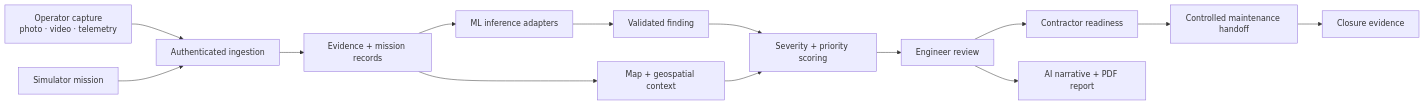
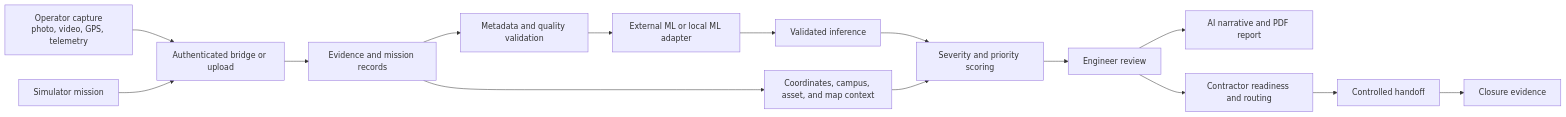
The first of 5 diagrams in README.md (RidhimaKulashriz/DRIFT-AI-ML-Platform), drawn with Mermaid before and after one commit. The commit also changed other lines of this file and 1 other file, not shown here.

````diff
--- a/README.md
+++ b/README.md
@@ -100,16 +195,17 @@
 ```mermaid
 flowchart LR
-    A[Operator capture\nphoto · video · telemetry] --> B[Authenticated ingestion]
-    D[Simulator mission] --> B
-    B --> C[Evidence + mission records]
-    C --> E[ML inference adapters]
-    E --> F[Validated finding]
-    C --> G[Map + geospatial context]
-    F --> H[Severity + priority scoring]
+    A[Operator capture\nphoto, video, GPS, telemetry] --> B[Authenticated bridge or upload]
+    S[Simulator mission] --> B
+    B --> C[Evidence and mission records]
+    C --> D[Metadata and quality validation]
+    D --> E[External ML or local ML adapter]
+    E --> F[Validated inference]
+    C --> G[Coordinates, campus, asset, and map context]
+    F --> H[Severity and priority scoring]
     G --> H
     H --> I[Engineer review]
-    I --> J[Contractor readiness]
-    I --> K[AI narrative + PDF report]
-    J --> L[Controlled maintenance handoff]
+    I --> J[AI narrative and PDF report]
+    I --> K[Contractor readiness and routing]
+    K --> L[Controlled handoff]
     L --> M[Closure evidence]
 ```
````
